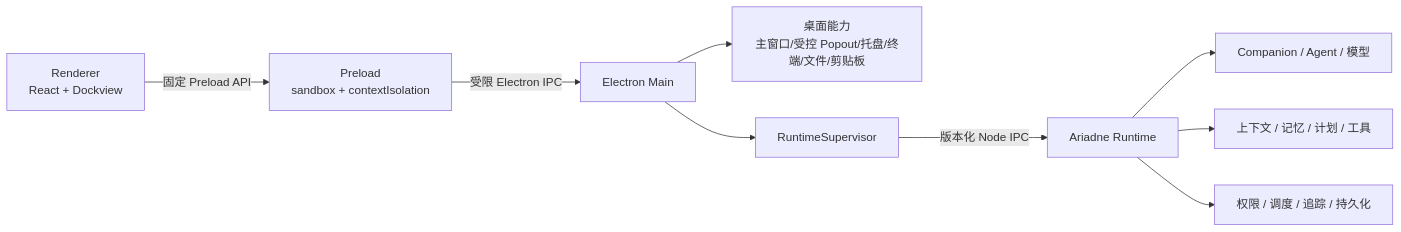
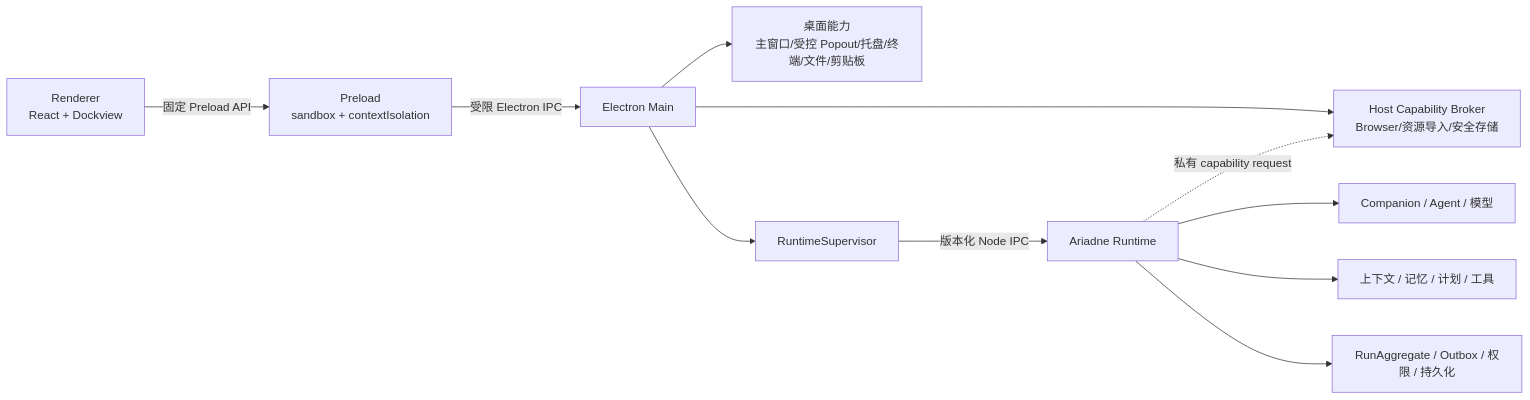
One commit to Atikou/Ariadne changed the first of 2 diagrams in docs/architecture.md. Above: the diagram before and after it, drawn with Mermaid. The commit also changed other lines of this file and 9 other files, not shown here.

Commit message:
docs: align architecture and verification evidence

````diff
--- a/docs/architecture.md
+++ b/docs/architecture.md
@@ -9,11 +9,13 @@
 ```mermaid
 flowchart LR
   R["Renderer<br/>React + Dockview"] -->|"固定 Preload API"| P["Preload<br/>sandbox + contextIsolation"]
   P -->|"受限 Electron IPC"| M["Electron Main"]
   M --> D["桌面能力<br/>主窗口/受控 Popout/托盘/终端/文件/剪贴板"]
+  M --> B["Host Capability Broker<br/>Browser/资源导入/安全存储"]
   M --> S["RuntimeSupervisor"]
   S -->|"版本化 Node IPC"| T["Ariadne Runtime"]
   T --> A["Companion / Agent / 模型"]
   T --> C["上下文 / 记忆 / 计划 / 工具"]
-  T --> X["权限 / 调度 / 追踪 / 持久化"]
+  T --> X["RunAggregate / Outbox / 权限 / 持久化"]
+  T -.->|"私有 capability request"| B
 ```
````
